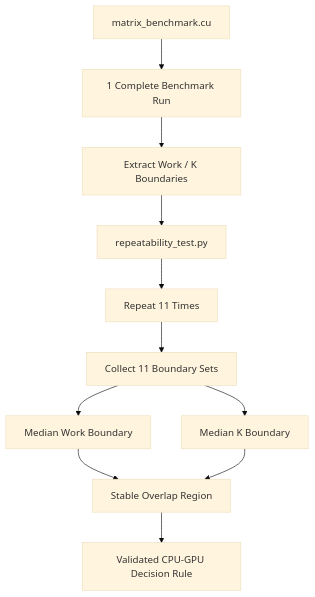
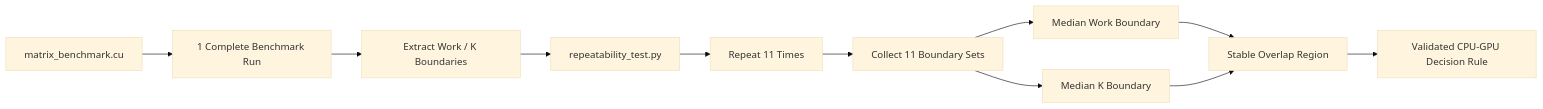
One commit to HoiChunWat/CPU-GPU-Scheduling-Simulator changed the second of 2 diagrams in README.md. Above: the diagram before and after it, drawn with Mermaid (base theme).

````diff
--- a/README.md
+++ b/README.md
@@ -117,18 +116,18 @@
 ```mermaid
-flowchart TD
+flowchart LR
 
     A1["matrix_benchmark.cu"] --> A2["1 Complete Benchmark Run"]
     A2 --> A3["Extract Work / K Boundaries"]
 
     A3 --> B1["repeatability_test.py"]
     B1 --> B2["Repeat 11 Times"]
     B2 --> B3["Collect 11 Boundary Sets"]
 
     B3 --> C1["Median Work Boundary"]
     B3 --> C2["Median K Boundary"]
 
     C1 --> D1["Stable Overlap Region"]
     C2 --> D1
 
     D1 --> E1["Validated CPU-GPU Decision Rule"]
 ```
````
